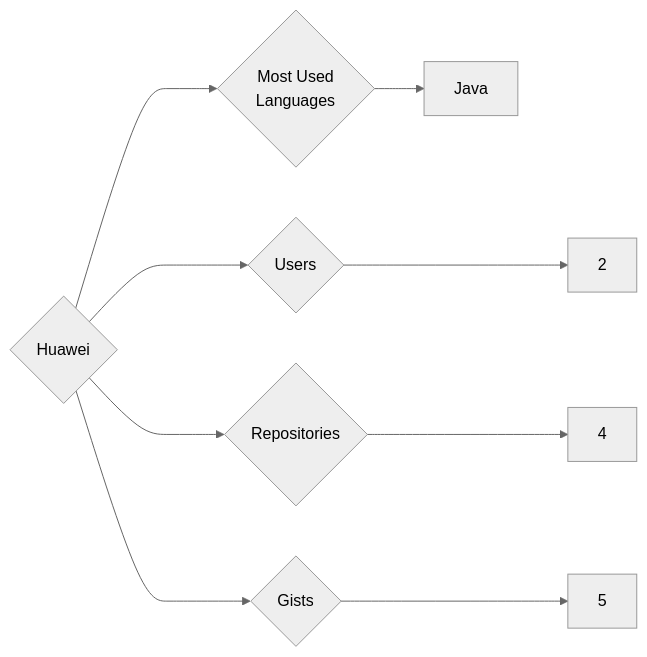
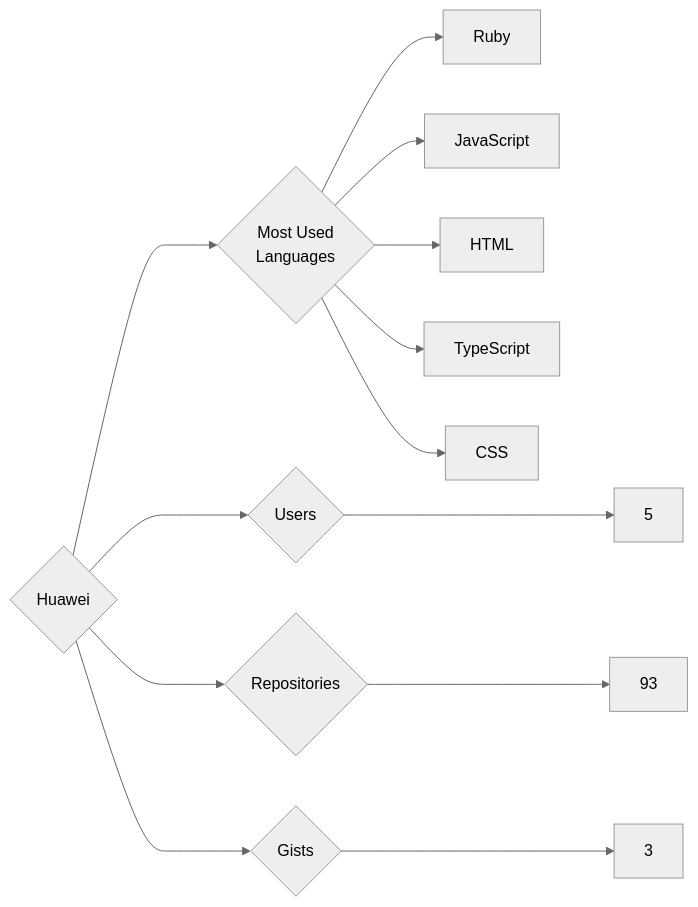
One commit to trickest/insiders changed the diagram in targets/Huawei/README.md. Above: the diagram before and after it, drawn with Mermaid (neutral theme). The commit also changed 993 other files, not shown here.

````diff
--- a/targets/Huawei/README.md
+++ b/targets/Huawei/README.md
@@ -3,9 +3,13 @@
 ```mermaid
 graph LR
 COMPANY_NAME{Huawei}
-COMPANY_NAME ---> U{Users} ---> UN[2]
-COMPANY_NAME ---> R{Repositories} ---> RN[4]
-COMPANY_NAME ---> G{Gists} ---> GN[5]
+COMPANY_NAME ---> U{Users} ---> UN[5]
+COMPANY_NAME ---> R{Repositories} ---> RN[93]
+COMPANY_NAME ---> G{Gists} ---> GN[3]
 COMPANY_NAME ---> ML{Most Used<br>Languages}
-ML --> Java[Java]
+ML --> Ruby[Ruby]
+ML --> JavaScript[JavaScript]
+ML --> HTML[HTML]
+ML --> TypeScript[TypeScript]
+ML --> CSS[CSS]
 ```
````
